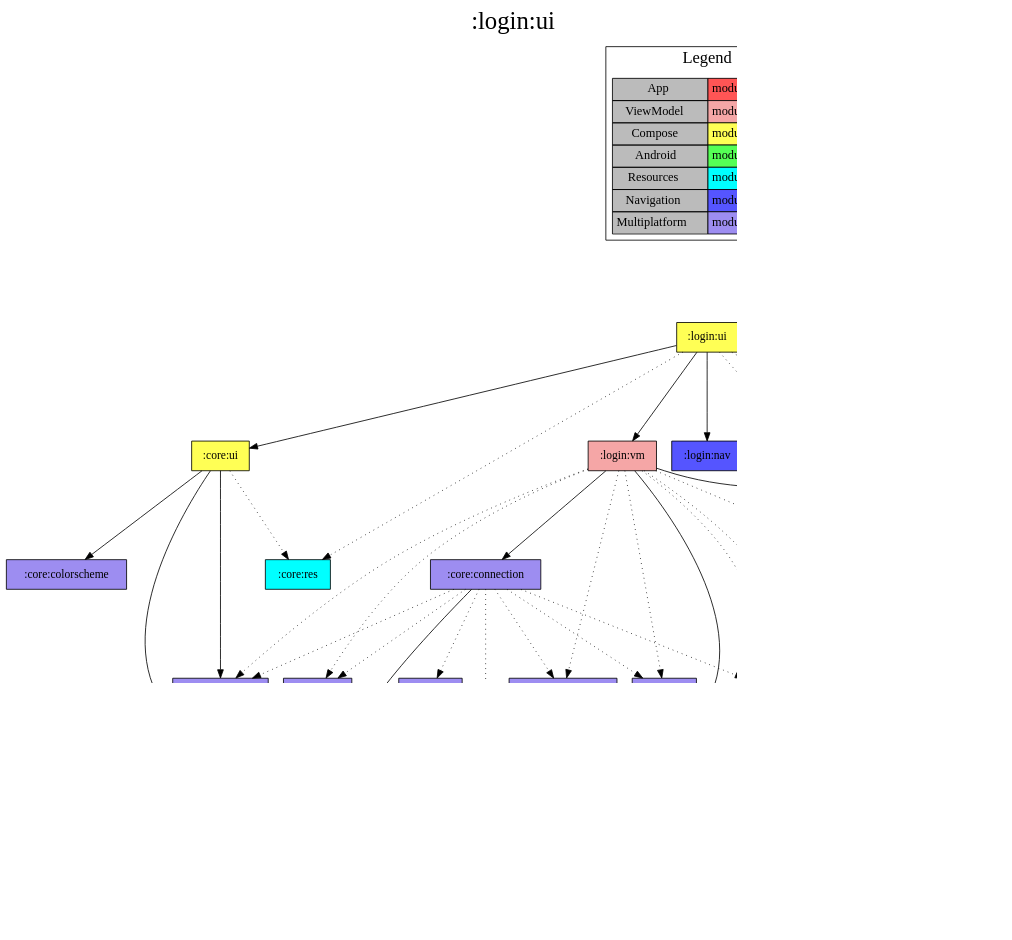
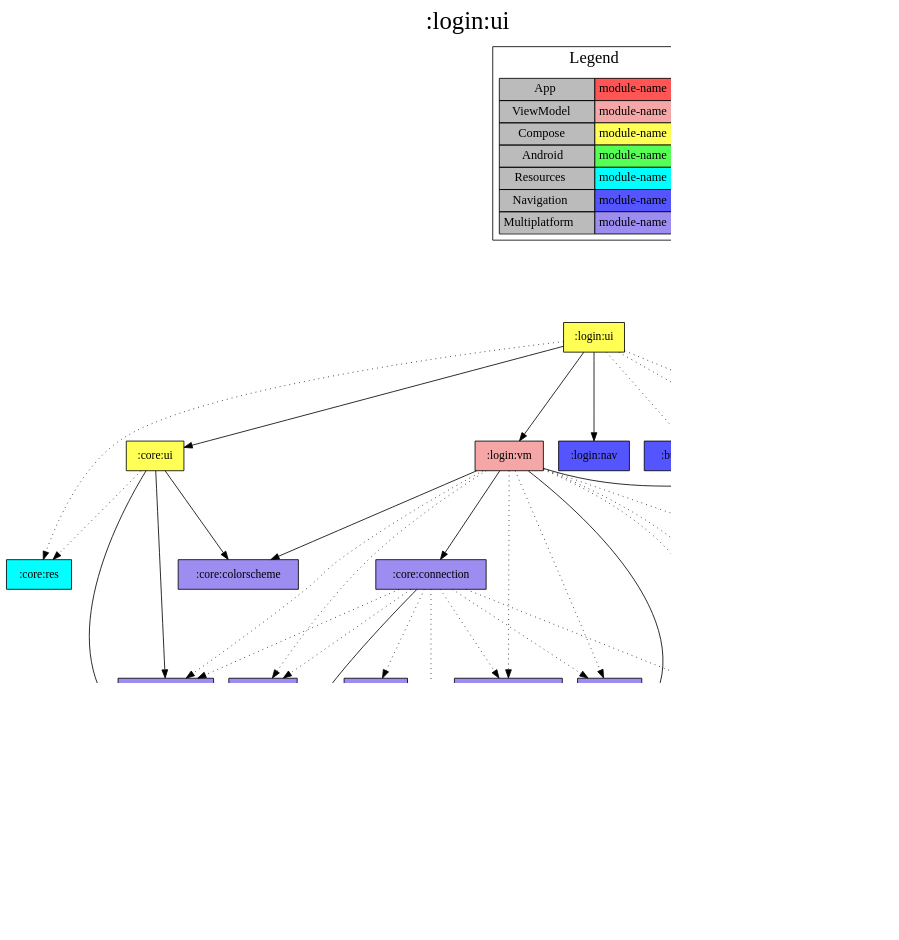
One commit to jonapoul/aktual changed the diagram in modules/login/ui/project-dependency-graph.dot. Above: the diagram before and after it, drawn with Graphviz. The commit also changed 17 other files, not shown here.

```diff
--- a/modules/login/ui/project-dependency-graph.dot
+++ b/modules/login/ui/project-dependency-graph.dot
@@ -1,80 +1,81 @@
 digraph {
 edge ["dir"="forward"]
 graph ["dpi"="100","label"=":login:ui","labelloc"="t","fontsize"="30","ranksep"="1.5","rankdir"="TB"]
 node ["style"="filled"]
 ":login:ui" ["fillcolor"="#FFFF55","shape"="box"]
 ":core:ui" ["fillcolor"="#FFFF55","shape"="box"]
 ":core:colorscheme" ["fillcolor"="#9D8DF1","shape"="box"]
 ":core:versions" ["fillcolor"="#9D8DF1","shape"="box"]
 ":core:buildconfig" ["fillcolor"="#9D8DF1","shape"="box"]
 ":url:model" ["fillcolor"="#9D8DF1","shape"="box"]
 ":core:res" ["fillcolor"="#00FFFF","shape"="box"]
 ":login:nav" ["fillcolor"="#5555FF","shape"="box"]
 ":login:vm" ["fillcolor"="#F5A6A6","shape"="box"]
 ":core:connection" ["fillcolor"="#9D8DF1","shape"="box"]
 ":api:client" ["fillcolor"="#9D8DF1","shape"="box"]
 ":api:model" ["fillcolor"="#9D8DF1","shape"="box"]
 ":login:model" ["fillcolor"="#9D8DF1","shape"="box"]
 ":api:json" ["fillcolor"="#9D8DF1","shape"="box"]
 ":core:coroutines" ["fillcolor"="#9D8DF1","shape"="box"]
 ":core:log" ["fillcolor"="#9D8DF1","shape"="box"]
 ":url:prefs" ["fillcolor"="#9D8DF1","shape"="box"]
 ":login:prefs" ["fillcolor"="#9D8DF1","shape"="box"]
 ":budget:list:nav" ["fillcolor"="#5555FF","shape"="box"]
 ":login:res" ["fillcolor"="#00FFFF","shape"="box"]
 ":url:nav" ["fillcolor"="#5555FF","shape"="box"]
 {
 edge ["dir"="none"]
 graph ["rank"="same"]
 }
 ":login:ui" -> ":core:ui"
 ":login:ui" -> ":login:nav"
 ":login:ui" -> ":login:vm"
 ":login:ui" -> ":budget:list:nav" ["style"="dotted"]
 ":login:ui" -> ":core:res" ["style"="dotted"]
 ":login:ui" -> ":login:res" ["style"="dotted"]
 ":login:ui" -> ":url:nav" ["style"="dotted"]
 ":core:ui" -> ":core:colorscheme"
 ":core:ui" -> ":core:versions"
 ":core:ui" -> ":url:model"
 ":core:ui" -> ":core:res" ["style"="dotted"]
 ":core:versions" -> ":core:buildconfig"
+":login:vm" -> ":core:colorscheme"
 ":login:vm" -> ":core:connection"
 ":login:vm" -> ":login:model"
 ":login:vm" -> ":url:model"
 ":login:vm" -> ":api:client" ["style"="dotted"]
 ":login:vm" -> ":api:model" ["style"="dotted"]
 ":login:vm" -> ":core:coroutines" ["style"="dotted"]
 ":login:vm" -> ":core:log" ["style"="dotted"]
 ":login:vm" -> ":core:versions" ["style"="dotted"]
 ":login:vm" -> ":login:prefs" ["style"="dotted"]
 ":login:vm" -> ":url:prefs" ["style"="dotted"]
 ":core:connection" -> ":core:buildconfig"
 ":core:connection" -> ":api:client" ["style"="dotted"]
 ":core:connection" -> ":api:json" ["style"="dotted"]
 ":core:connection" -> ":core:coroutines" ["style"="dotted"]
 ":core:connection" -> ":core:log" ["style"="dotted"]
 ":core:connection" -> ":core:versions" ["style"="dotted"]
 ":core:connection" -> ":url:model" ["style"="dotted"]
 ":core:connection" -> ":url:prefs" ["style"="dotted"]
 ":api:client" -> ":api:model"
 ":api:client" -> ":url:model"
 ":api:model" -> ":login:model"
 ":url:prefs" -> ":url:model"
 ":login:prefs" -> ":login:model"
 subgraph "cluster_legend" {
 edge ["dir"="none"]
 graph ["label"="Legend","fontsize"="20"]
 "Legend" ["style"="filled","fillcolor"="#bbbbbb","shape"="none","margin"="0","fontsize"="15","label"=<
 <TABLE BORDER="0" CELLBORDER="1" CELLSPACING="0" CELLPADDING="4">
 <TR><TD>App</TD><TD BGCOLOR="#FF5555">module-name</TD></TR>
 <TR><TD>ViewModel</TD><TD BGCOLOR="#F5A6A6">module-name</TD></TR>
 <TR><TD>Compose</TD><TD BGCOLOR="#FFFF55">module-name</TD></TR>
 <TR><TD>Android</TD><TD BGCOLOR="#55FF55">module-name</TD></TR>
 <TR><TD>Resources</TD><TD BGCOLOR="#00FFFF">module-name</TD></TR>
 <TR><TD>Navigation</TD><TD BGCOLOR="#5555FF">module-name</TD></TR>
 <TR><TD>Multiplatform</TD><TD BGCOLOR="#9D8DF1">module-name</TD></TR>
 </TABLE>
 >]
 } -> ":login:ui" ["style"="invis"]
 }
```
